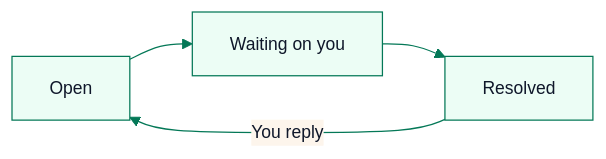
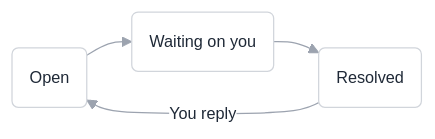
The diagram in guides/support.mdx (BharathVasireddy/marro-docs), drawn with Mermaid before and after one commit. The commit also changed other lines of this file and 95 other files, not shown here.

First line of the commit message:
One guide per settings screen, in the Settings menu's order, with diagrams only where they are needed

````diff
--- a/guides/support.mdx
+++ b/guides/support.mdx
@@ -50,6 +56,6 @@
 ```mermaid
-%%{init: {'theme':'base','themeVariables':{'primaryColor':'#ecfdf5','primaryBorderColor':'#047857','primaryTextColor':'#0f172a','lineColor':'#047857','fontSize':'14px'}}}%%
+%%{init: {'theme':'base','flowchart':{'curve':'basis','padding':14,'nodeSpacing':28,'rankSpacing':36},'themeVariables':{'primaryColor':'#ffffff','primaryBorderColor':'#d1d5db','primaryTextColor':'#1f2937','lineColor':'#9ca3af','fontFamily':'Inter, ui-sans-serif, sans-serif','fontSize':'13px','edgeLabelBackground':'#ffffff'}}}%%
 flowchart LR
-  A[Open] --> B[Waiting on you] --> C[Resolved]
+  A(Open) --> B(Waiting on you) --> C(Resolved)
   C -->|You reply| A
 ```
````
